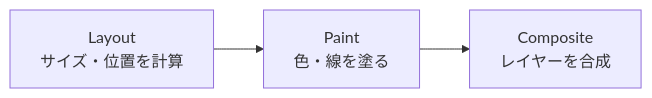
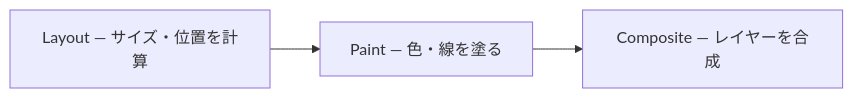
One commit to ozaki25/web-front-training-ozaki25 changed the diagram in docs/drafts/056/index.md. Above: the diagram before and after it, drawn with Mermaid. The commit also changed other lines of this file and 1 other file, not shown here.

````diff
--- a/docs/drafts/056/index.md
+++ b/docs/drafts/056/index.md
@@ -126,4 +106,4 @@
 ```mermaid
 flowchart LR
-  L["Layout<br/>サイズ・位置を計算"] --> P["Paint<br/>色・線を塗る"] --> C["Composite<br/>レイヤーを合成"]
+  L["Layout — サイズ・位置を計算"] --> P["Paint — 色・線を塗る"] --> C["Composite — レイヤーを合成"]
 ```
````
